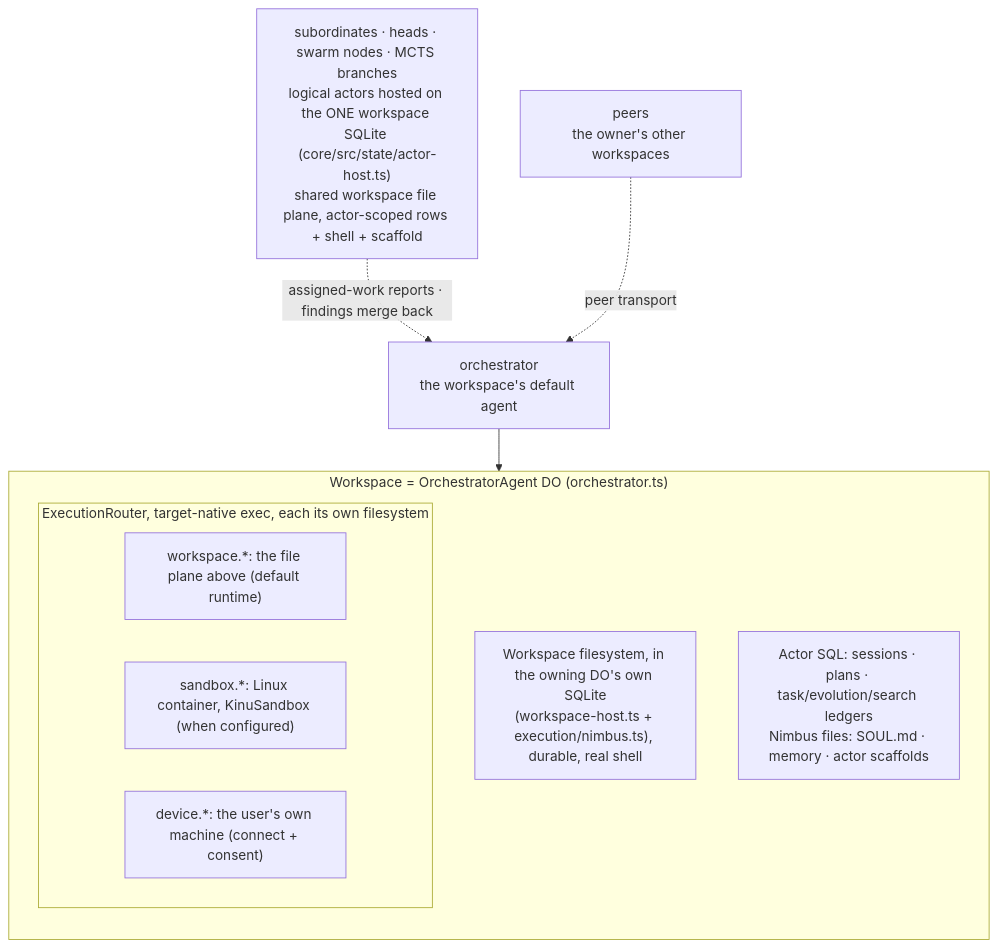
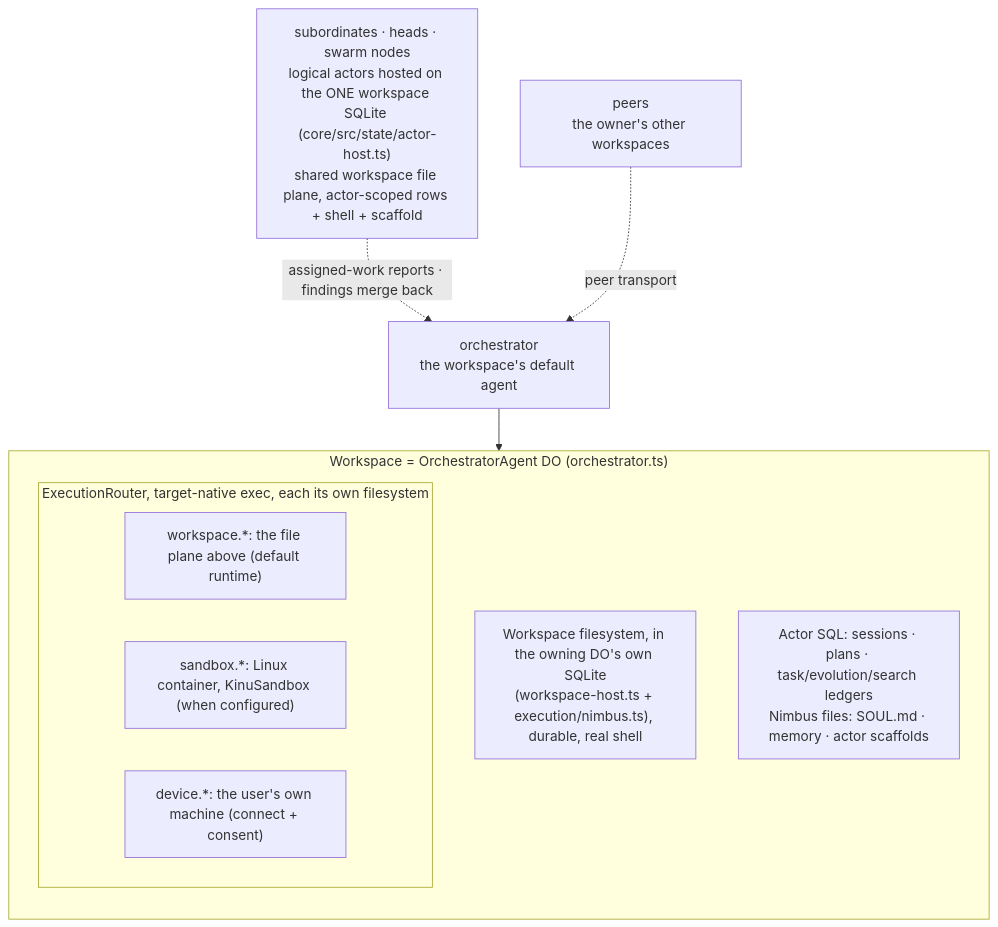
One commit to AshishKumar4/kinu changed the first of 5 diagrams in docs/ARCHITECTURE.md. Above: the diagram before and after it, drawn with Mermaid. The commit also changed other lines of this file and 13 other files, not shown here.

First line of the commit message:
docs: storage, architecture, testing and Lean describe the tree the fold left

````diff
--- a/docs/ARCHITECTURE.md
+++ b/docs/ARCHITECTURE.md
@@ -33,17 +33,17 @@
 ```mermaid
 graph TB
     subgraph WS["Workspace = OrchestratorAgent DO (orchestrator.ts)"]
         direction TB
         Files["Workspace filesystem, in the owning DO's own SQLite<br/>(workspace-host.ts + execution/nimbus.ts), durable, real shell"]
         subgraph Execs["ExecutionRouter, target-native exec, each its own filesystem"]
             W["workspace.*: the file plane above (default runtime)"]
             S["sandbox.*: Linux container, KinuSandbox (when configured)"]
             P["device.*: the user's own machine (connect + consent)"]
         end
         State["Actor SQL: sessions · plans · task/evolution/search ledgers<br/>Nimbus files: SOUL.md · memory · actor scaffolds"]
     end
 
     Orch["orchestrator<br/>the workspace's default agent"] --> WS
-    Subs["subordinates · heads · swarm nodes · MCTS branches<br/>logical actors hosted on the ONE workspace SQLite (core/src/state/actor-host.ts)<br/>shared workspace file plane, actor-scoped rows + shell + scaffold"] -.->|assigned-work reports · findings merge back| Orch
+    Subs["subordinates · heads · swarm nodes<br/>logical actors hosted on the ONE workspace SQLite (core/src/state/actor-host.ts)<br/>shared workspace file plane, actor-scoped rows + shell + scaffold"] -.->|assigned-work reports · findings merge back| Orch
     Peers["peers<br/>the owner's other workspaces"] -.->|peer transport| Orch
 ```
````
